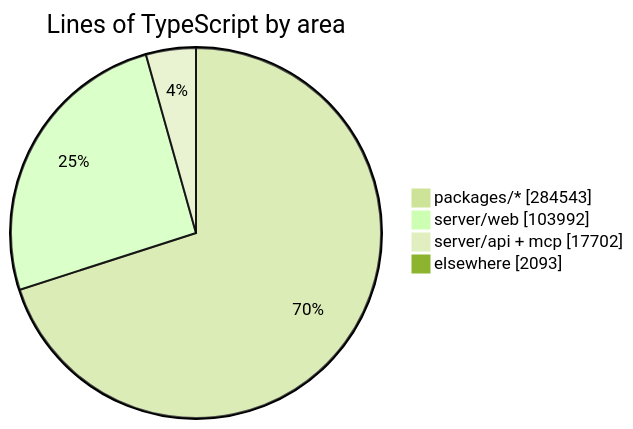
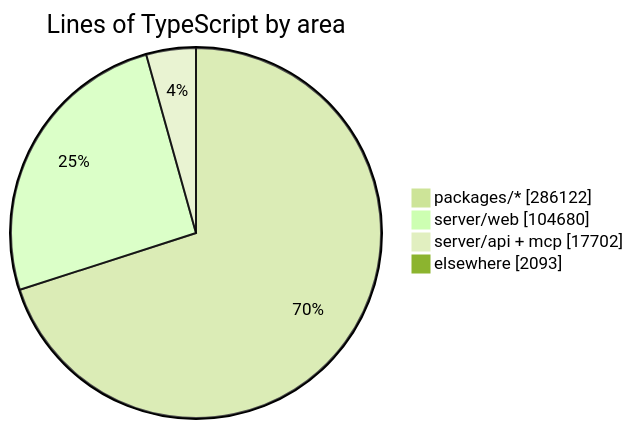
One commit to crossworks-engineering/mantle changed the diagram in README.md. Above: the diagram before and after it, drawn with Mermaid (forest theme). The commit also changed other lines of this file and 2 other files, not shown here.

````diff
--- a/README.md
+++ b/README.md
@@ -294,7 +294,7 @@
 ```mermaid
 pie showData title Lines of TypeScript by area
-    "packages/*" : 284543
-    "server/web" : 103992
+    "packages/*" : 286122
+    "server/web" : 104680
     "server/api + mcp" : 17702
     "elsewhere" : 2093
 ```
````
